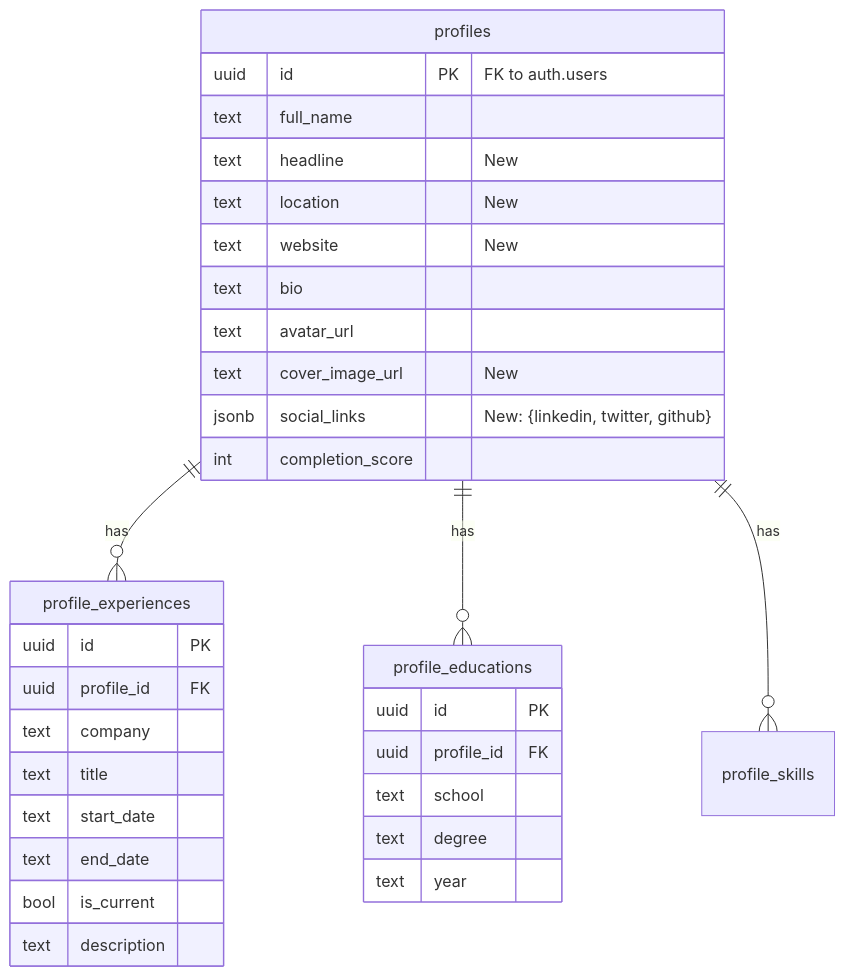
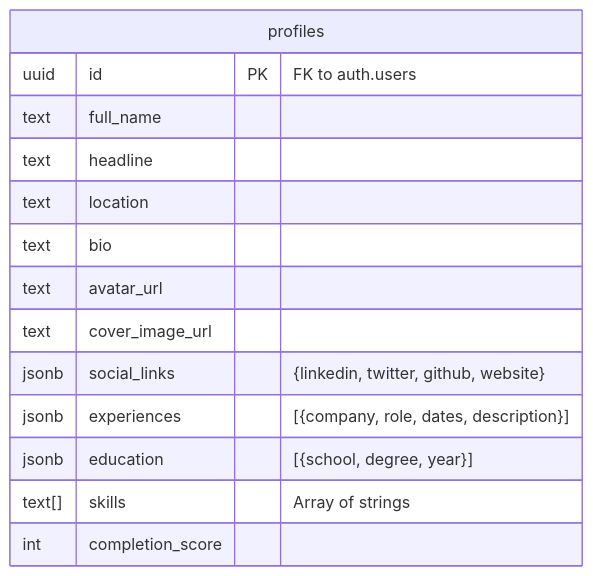
Before and after one commit to amo-tech-ai/startupai: the second of 2 diagrams in docs/03-my-profile.md, drawn with Mermaid. The commit also changed other lines of this file and 1 other file, not shown here.

First line of the commit message:
feat: Implement full user profile system

````diff
--- a/docs/03-my-profile.md
+++ b/docs/03-my-profile.md
@@ -59,36 +61,17 @@
 ```mermaid
 erDiagram
-    profiles ||--o{ profile_experiences : has
-    profiles ||--o{ profile_educations : has
-    profiles ||--o{ profile_skills : has
-    
     profiles {
         uuid id PK "FK to auth.users"
         text full_name
-        text headline "New"
-        text location "New"
-        text website "New"
+        text headline
+        text location
         text bio
         text avatar_url
-        text cover_image_url "New"
-        jsonb social_links "New: {linkedin, twitter, github}"
+        text cover_image_url
+        jsonb social_links "{linkedin, twitter, github, website}"
+        jsonb experiences "[{company, role, dates, description}]"
+        jsonb education "[{school, degree, year}]"
+        text[] skills "Array of strings"
         int completion_score
     }
-    profile_experiences {
-        uuid id PK
-        uuid profile_id FK
-        text company
-        text title
-        text start_date
-        text end_date
-        bool is_current
-        text description
-    }
-    profile_educations {
-        uuid id PK
-        uuid profile_id FK
-        text school
-        text degree
-        text year
-    }
 ```
````
